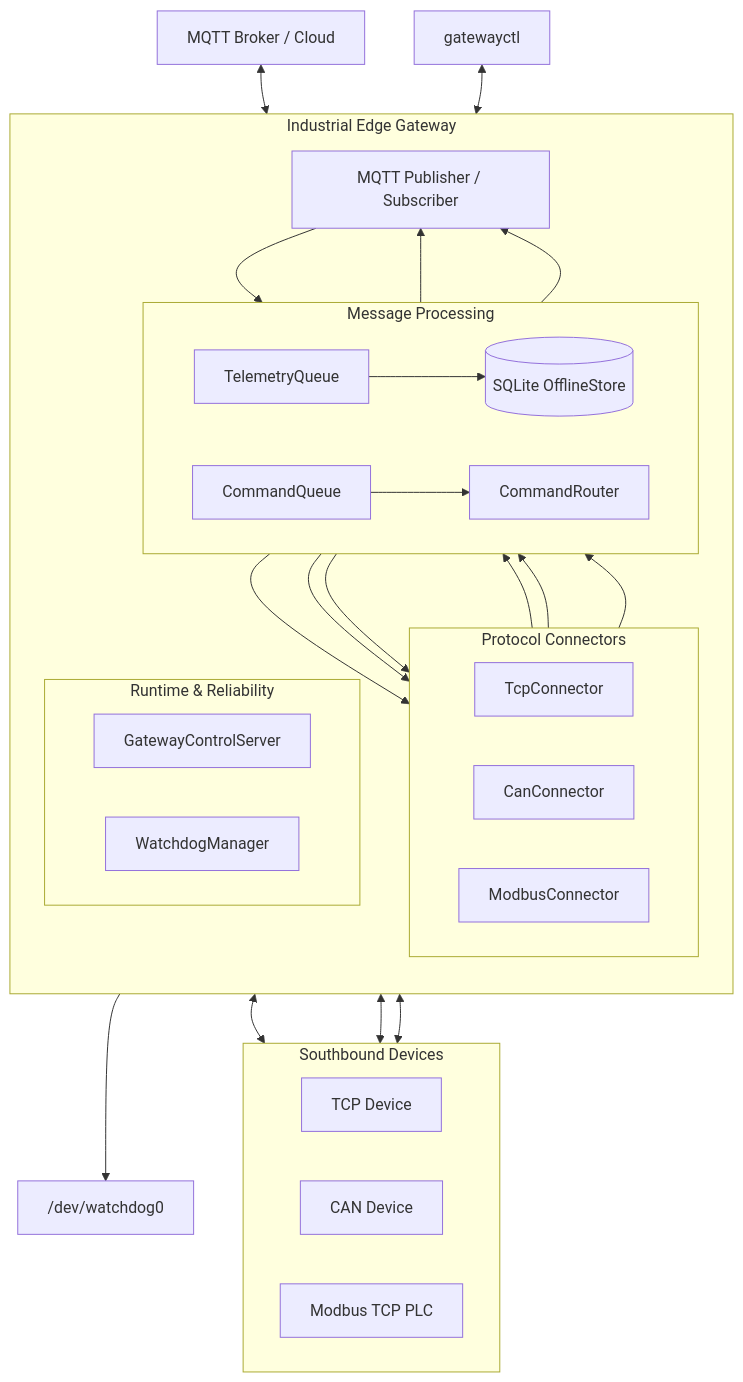
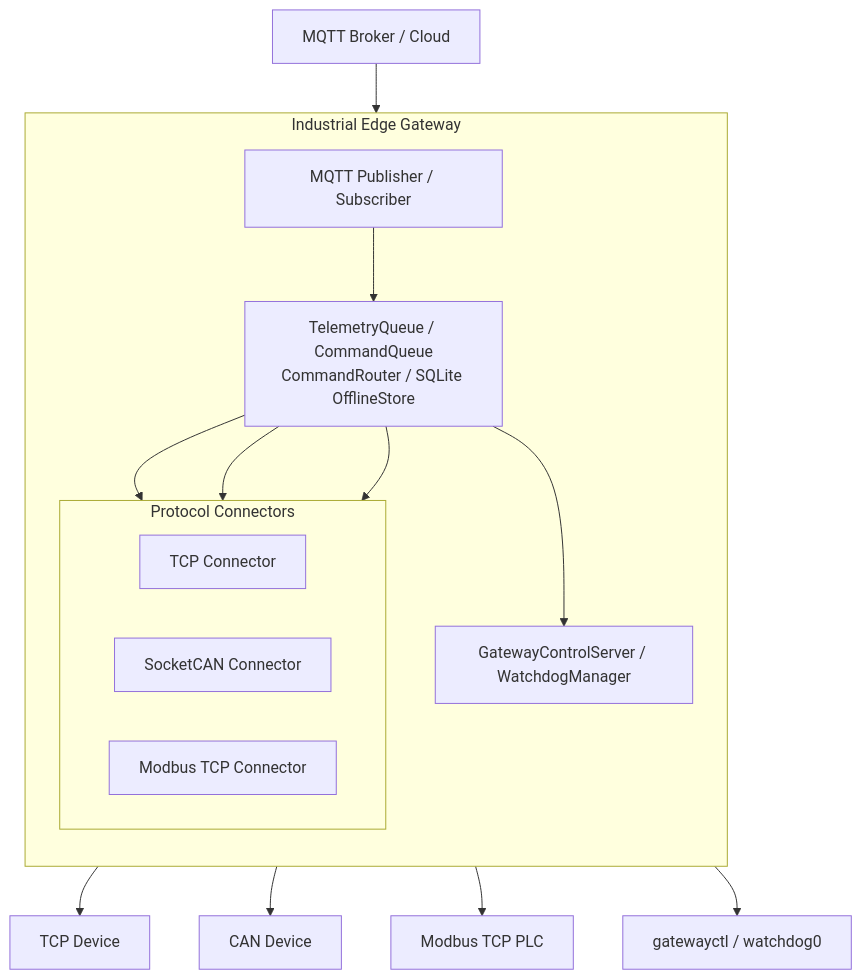
Before and after one commit to YIMOUSHUI/industrial-edge-gateway: the first of 2 diagrams in README.md, drawn with Mermaid.

Commit message:
docs: improve architecture diagram layout

````diff
--- a/README.md
+++ b/README.md
@@ -25,62 +25,34 @@
 ```mermaid
 flowchart TB
     Cloud["MQTT Broker / Cloud"]
 
     subgraph Gateway["Industrial Edge Gateway"]
         direction TB
 
         MQTT["MQTT Publisher / Subscriber"]
-
-        subgraph Pipeline["Message Processing"]
-            direction LR
-            TQ["TelemetryQueue"]
-            CQ["CommandQueue"]
-            Router["CommandRouter"]
-            DB[("SQLite OfflineStore")]
-        end
+        Core["TelemetryQueue / CommandQueue<br/>CommandRouter / SQLite OfflineStore"]
 
         subgraph Connectors["Protocol Connectors"]
             direction LR
-            TCP["TcpConnector"]
-            CAN["CanConnector"]
-            MODBUS["ModbusConnector"]
+            TCP["TCP Connector"]
+            CAN["SocketCAN Connector"]
+            MODBUS["Modbus TCP Connector"]
         end
 
-        subgraph Runtime["Runtime & Reliability"]
-            direction LR
-            CTRL["GatewayControlServer"]
-            WD["WatchdogManager"]
-        end
+        Runtime["GatewayControlServer / WatchdogManager"]
 
-        TCP --> TQ
-        CAN --> TQ
-        MODBUS --> TQ
-
-        TQ --> MQTT
-        TQ --> DB
-        DB --> MQTT
-
-        MQTT --> CQ
-        CQ --> Router
-
-        Router --> TCP
-        Router --> CAN
-        Router --> MODBUS
+        MQTT --> Core
+        Core --> TCP
+        Core --> CAN
+        Core --> MODBUS
+        Core --> Runtime
     end
 
-    Cloud <--> MQTT
+    Cloud --> MQTT
 
-    subgraph Devices["Southbound Devices"]
-        direction LR
-        TCPDEV["TCP Device"]
-        CANDEV["CAN Device"]
-        PLC["Modbus TCP PLC"]
-    end
+    TCP --> TCPDEV["TCP Device"]
+    CAN --> CANDEV["CAN Device"]
+    MODBUS --> PLC["Modbus TCP PLC"]
 
-    TCP <--> TCPDEV
-    CAN <--> CANDEV
-    MODBUS <--> PLC
-
-    CLI["gatewayctl"] <--> CTRL
-    WD --> HW["/dev/watchdog0"]
+    Runtime --> LOCAL["gatewayctl / watchdog0"]
 ```
````
